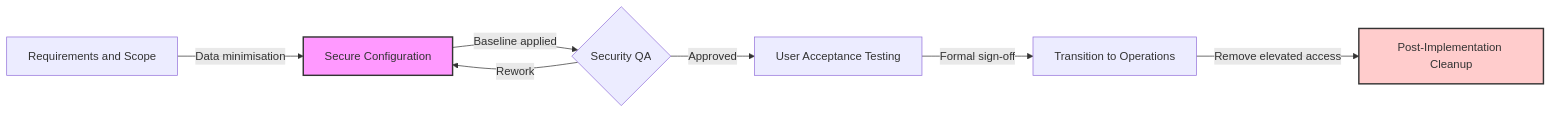
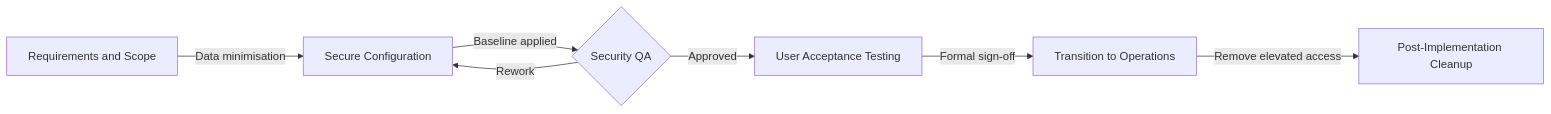
Before and after one commit to oge-n-sudo/grc-lab: the diagram in topics/secure-implementation-hub/README.md, drawn with Mermaid.

Commit message:
Update secure-implementation-hub README

````diff
--- a/topics/secure-implementation-hub/README.md
+++ b/topics/secure-implementation-hub/README.md
@@ -16,12 +16,9 @@
 ```mermaid
 graph LR
     Req[Requirements and Scope] -->|Data minimisation| Config[Secure Configuration]
     Config -->|Baseline applied| QA{Security QA}
     QA -->|Rework| Config
     QA -->|Approved| UAT[User Acceptance Testing]
     UAT -->|Formal sign-off| Live[Transition to Operations]
     Live -->|Remove elevated access| Clean[Post-Implementation Cleanup]
-
-    style Config fill:#f9f,stroke:#333,stroke-width:2px
-    style Clean fill:#ffcccc,stroke:#333,stroke-width:2px
 ```
````
